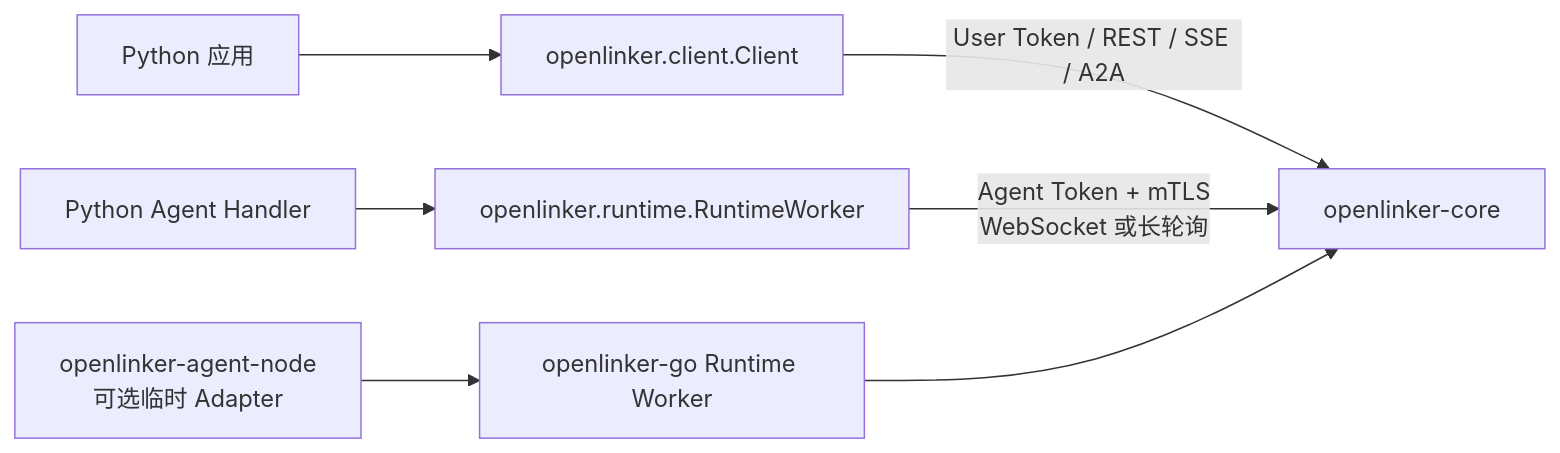
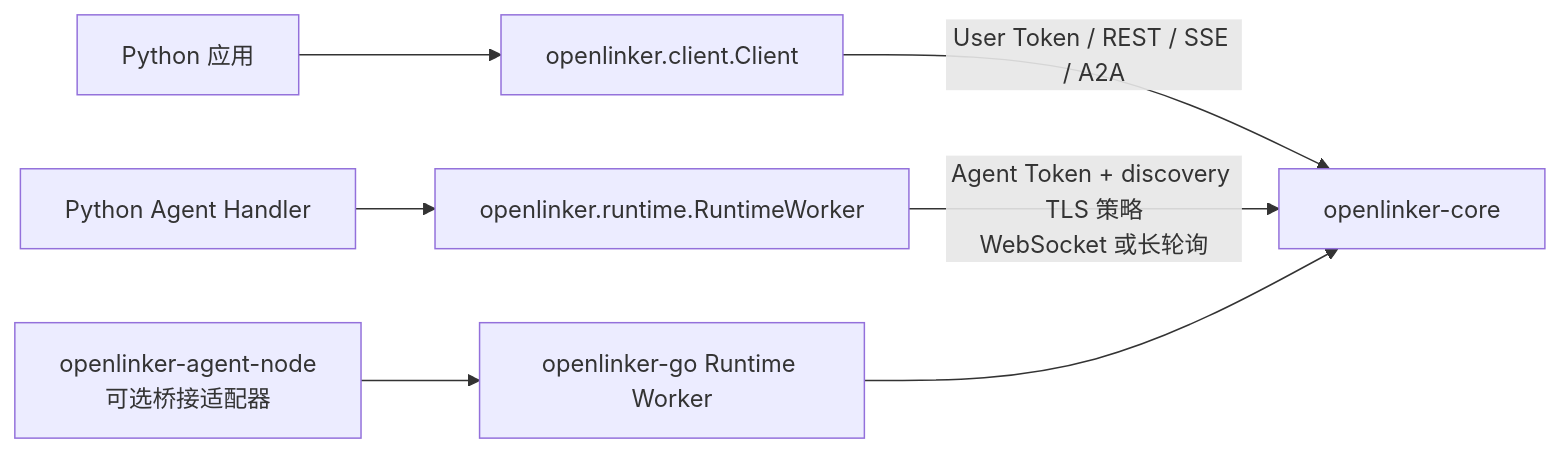
Before and after one commit to OpenLinker-ai/openlinker-python: the diagram in README.zh-CN.md, drawn with Mermaid. The commit also changed other lines of this file and 16 other files, not shown here.

````diff
--- a/README.zh-CN.md
+++ b/README.zh-CN.md
@@ -28,11 +28,11 @@
 ```mermaid
 flowchart LR
   App["Python 应用"] --> Client["openlinker.client.Client"]
   Client -->|"User Token / REST / SSE / A2A"| Core["openlinker-core"]
 
   Handler["Python Agent Handler"] --> Worker["openlinker.runtime.RuntimeWorker"]
-  Worker -->|"Agent Token + mTLS<br/>WebSocket 或长轮询"| Core
+  Worker -->|"Agent Token + discovery TLS 策略<br/>WebSocket 或长轮询"| Core
 
-  Adapter["openlinker-agent-node<br/>可选临时 Adapter"] --> GoWorker["openlinker-go Runtime Worker"]
+  Adapter["openlinker-agent-node<br/>可选桥接适配器"] --> GoWorker["openlinker-go Runtime Worker"]
   GoWorker --> Core
 ```
````
